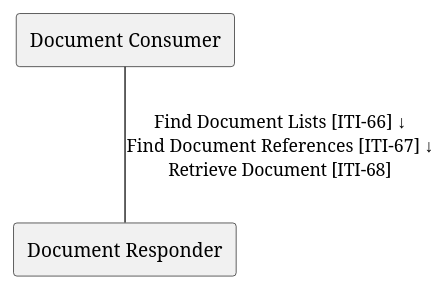
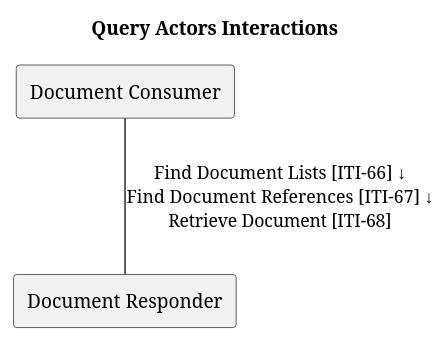
One commit to IHE/ITI.MHD changed the diagram in input/images-source/QueryActors.plantuml. Above: the diagram before and after it, drawn with PlantUML. The commit also changed 22 other files, not shown here.

```diff
--- a/input/images-source/QueryActors.plantuml
+++ b/input/images-source/QueryActors.plantuml
@@ -1,5 +1,6 @@
 @startuml
+title Query Actors Interactions
 agent "Document Consumer" as DocumentConsumer
 agent "Document Responder" as DocumentResponder
 DocumentConsumer -- DocumentResponder : "Find Document Lists [ITI-66] ↓\nFind Document References [ITI-67] ↓\nRetrieve Document [ITI-68]"
 @enduml
```
